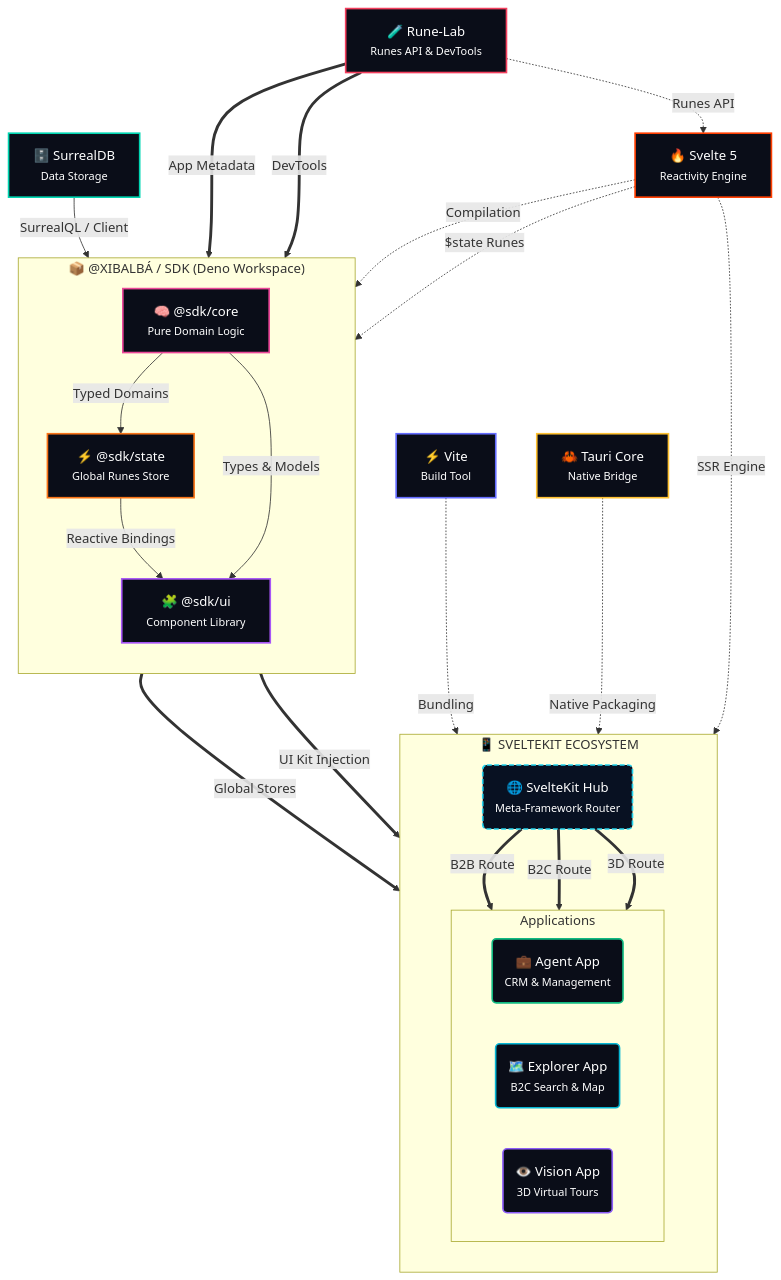
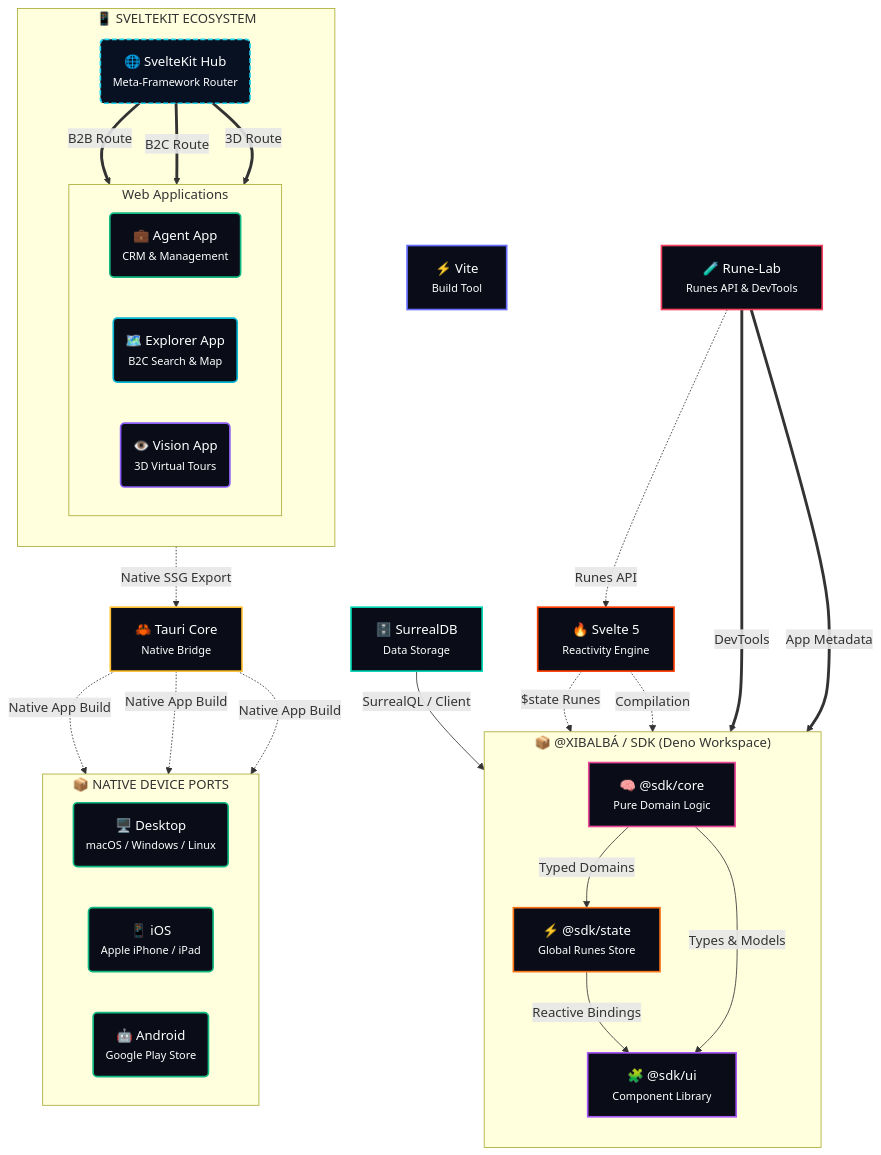
One commit to Yrrrrrf/xibalba changed the diagram in docs/technical/architecture.md. Above: the diagram before and after it, drawn with Mermaid.

Commit message:
docs: update architecture diagram to reflect multi-platform strategy
The architecture diagram was updated to better illustrate how the SvelteKit hub leverages Tauri for multi-platform deployment. It now explicitly categorizes web versus native applications and details the flow from the build output to specific target device ports (Desktop, iOS, and Android).

````diff
--- a/docs/technical/architecture.md
+++ b/docs/technical/architecture.md
@@ -3,69 +3,79 @@
 ```mermaid
 graph TD
     %% Global Styling
     classDef database fill:#0A0D18,stroke:#00D6B2,stroke-width:2px,color:#fff
     classDef sdkCore fill:#0A0D18,stroke:#EC4899,stroke-width:2px,color:#fff
     classDef sdkState fill:#0A0D18,stroke:#F97316,stroke-width:2px,color:#fff
     classDef sdkUi fill:#0A0D18,stroke:#A855F7,stroke-width:2px,color:#fff
     classDef svelte fill:#0A0D18,stroke:#FF3E00,stroke-width:2px,color:#fff
     classDef hub fill:#081122,stroke:#22D3EE,stroke-width:2px,color:#fff,stroke-dasharray: 6 3
     classDef appAgent fill:#0A0D18,stroke:#10B981,stroke-width:2px,color:#fff
     classDef appExp fill:#0A0D18,stroke:#06B6D4,stroke-width:2px,color:#fff
     classDef appVis fill:#0A0D18,stroke:#8B5CF6,stroke-width:2px,color:#fff
     classDef tauri fill:#0A0D18,stroke:#FFC131,stroke-width:2px,color:#fff
     classDef vite fill:#0A0D18,stroke:#646CFF,stroke-width:2px,color:#fff
     classDef runeLab fill:#0A0D18,stroke:#F43F5E,stroke-width:2px,color:#fff
 
     %% Top Layer
     DB["🗄️ SurrealDB<br/><small>Data Storage</small>"]:::database
     Svelte["🔥 Svelte 5<br/><small>Reactivity Engine</small>"]:::svelte
     Vite["⚡ Vite<br/><small>Build Tool</small>"]:::vite
-    Tauri["🦀 Tauri Core<br/><small>Native Bridge</small>"]:::tauri
     RuneLab["🧪 Rune-Lab<br/><small>Runes API & DevTools</small>"]:::runeLab
     
     %% The SDK Cluster
     subgraph SDK ["📦 @XIBALBÁ / SDK (Deno Workspace)"]
         direction TB
         Core["🧠 @sdk/core<br/><small>Pure Domain Logic</small>"]:::sdkCore
         State["⚡ @sdk/state<br/><small>Global Runes Store</small>"]:::sdkState
         UI["🧩 @sdk/ui<br/><small>Component Library</small>"]:::sdkUi
     end
 
     %% The Application Ecosystem
     subgraph ECOSYSTEM ["📱 SVELTEKIT ECOSYSTEM"]
         direction TB
         Hub("🌐 SvelteKit Hub<br/><small>Meta-Framework Router</small>"):::hub
         
-        subgraph APPS ["Applications"]
+        subgraph APPS ["Web Applications"]
             direction LR
             Agent("💼 Agent App<br/><small>CRM & Management</small>"):::appAgent
             Explorer("🗺️ Explorer App<br/><small>B2C Search & Map</small>"):::appExp
             Vision("👁️ Vision App<br/><small>3D Virtual Tours</small>"):::appVis
         end
+    end
+
+    %% Native Applications
+    subgraph NATIVE_APPS ["📦 NATIVE DEVICE PORTS"]
+        direction LR
+        AppDesktop("🖥️ Desktop<br/><small>macOS / Windows / Linux</small>"):::appAgent
+        AppIOS("📱 iOS<br/><small>Apple iPhone / iPad</small>"):::appAgent
+        AppAndroid("🤖 Android<br/><small>Google Play Store</small>"):::appAgent
     end
 
     %% SDK Internal Flow
     DB -->|SurrealQL / Client| Core
     Core -->|Typed Domains| State
     State -->|Reactive Bindings| UI
     Core -->|Types & Models| UI
 
     %% Engine Injections
     Svelte -.->|$state Runes| State
     Svelte -.->|Compilation| UI
     RuneLab -.->|Runes API| Svelte
     RuneLab ==>|DevTools| UI
     RuneLab ==>|App Metadata| State
 
     %% Funneling into SvelteKit
-    UI ==>|UI Kit Injection| Hub
-    State ==>|Global Stores| Hub
-    Svelte -.->|SSR Engine| Hub
-    Vite -.->|Bundling| Hub
-    Tauri -.->|Native Packaging| Hub
-
-    %% Branching to Apps
+    %% Branching to Web Apps
     Hub ==>|B2B Route| Agent
     Hub ==>|B2C Route| Explorer
     Hub ==>|3D Route| Vision
+
+    %% Native Export / Packaging Layer
+    Tauri["🦀 Tauri Core<br/><small>Native Bridge</small>"]:::tauri
+    Hub -.->|Native SSG Export| Tauri
+    
+    %% Final Native Device Ports
+    Tauri -.->|Native App Build| AppDesktop
+    Tauri -.->|Native App Build| AppIOS
+    Tauri -.->|Native App Build| AppAndroid
 ```
````
